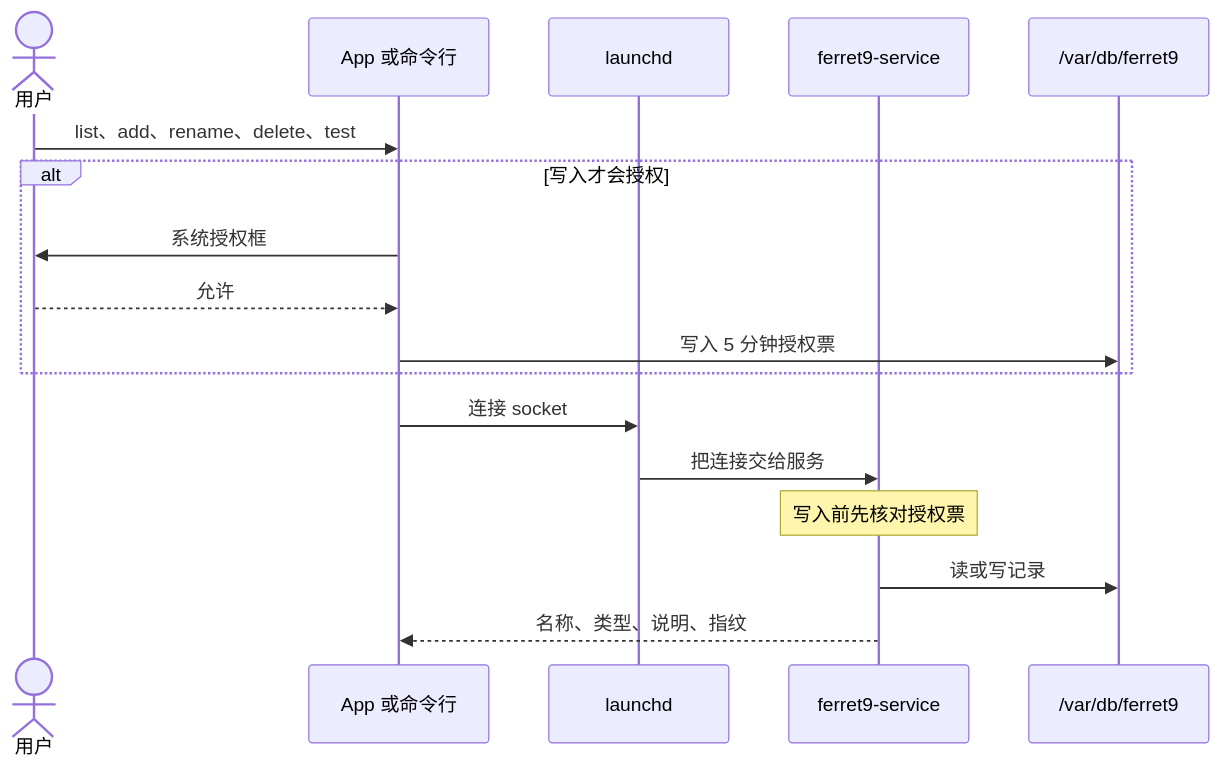
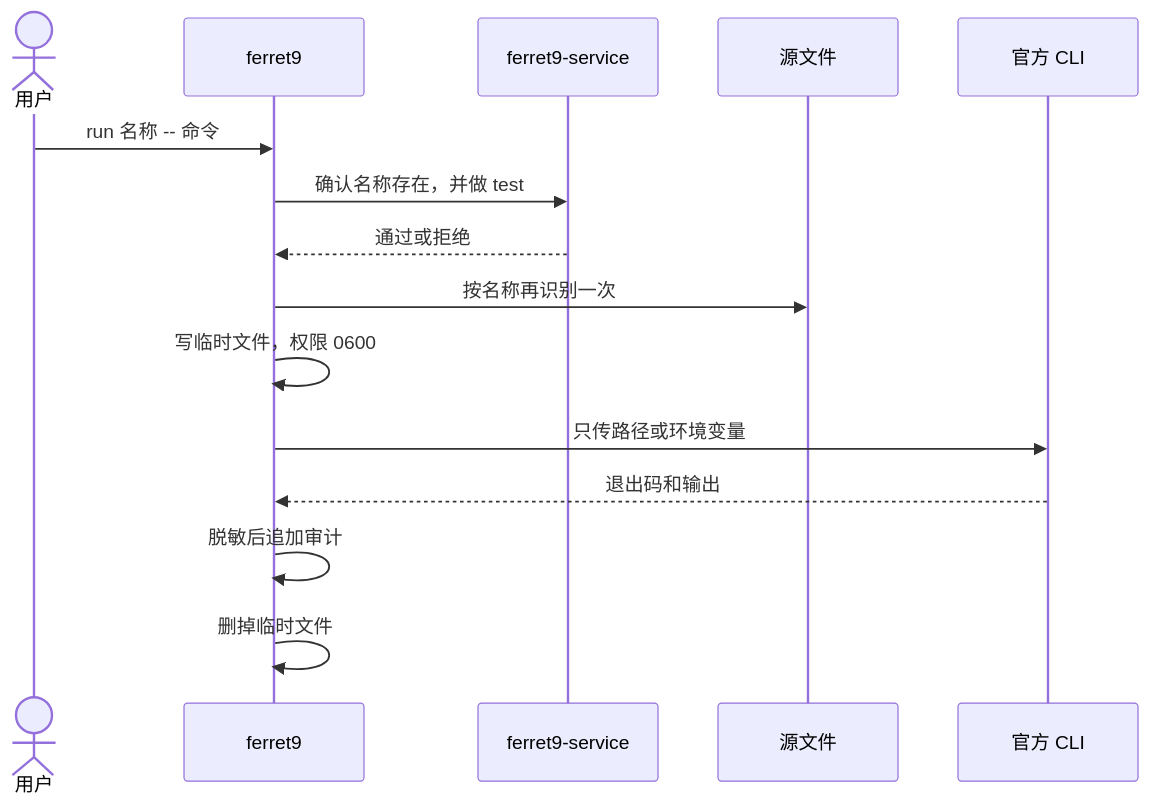
Before and after one commit to pengzuhao/ferret9: the diagram in docs/diagrams/request.mmd, drawn with Mermaid. The commit also changed 28 other files, not shown here.

```diff
--- a/docs/diagrams/request.mmd
+++ b/docs/diagrams/request.mmd
@@ -1,18 +1,16 @@
 sequenceDiagram
     actor 用户
-    participant 客户端 as App 或命令行
-    participant launchd
+    participant 命令行 as ferret9
     participant 服务 as ferret9-service
-    participant 数据 as /var/db/ferret9
+    participant 家目录 as 源文件
+    participant 工具 as 官方 CLI
 
-    用户->>客户端: list、add、rename、delete、test
-    alt 写入才会授权
-        客户端->>用户: 系统授权框
-        用户-->>客户端: 允许
-        客户端->>数据: 写入 5 分钟授权票
-    end
-    客户端->>launchd: 连接 socket
-    launchd->>服务: 把连接交给服务
-    Note over 服务: 写入前先核对授权票
-    服务->>数据: 读或写记录
-    服务-->>客户端: 名称、类型、说明、指纹
+    用户->>命令行: run 名称 -- 命令
+    命令行->>服务: 确认名称存在，并做 test
+    服务-->>命令行: 通过或拒绝
+    命令行->>家目录: 按名称再识别一次
+    命令行->>命令行: 写临时文件，权限 0600
+    命令行->>工具: 只传路径或环境变量
+    工具-->>命令行: 退出码和输出
+    命令行->>命令行: 脱敏后追加审计
+    命令行->>命令行: 删掉临时文件
```
